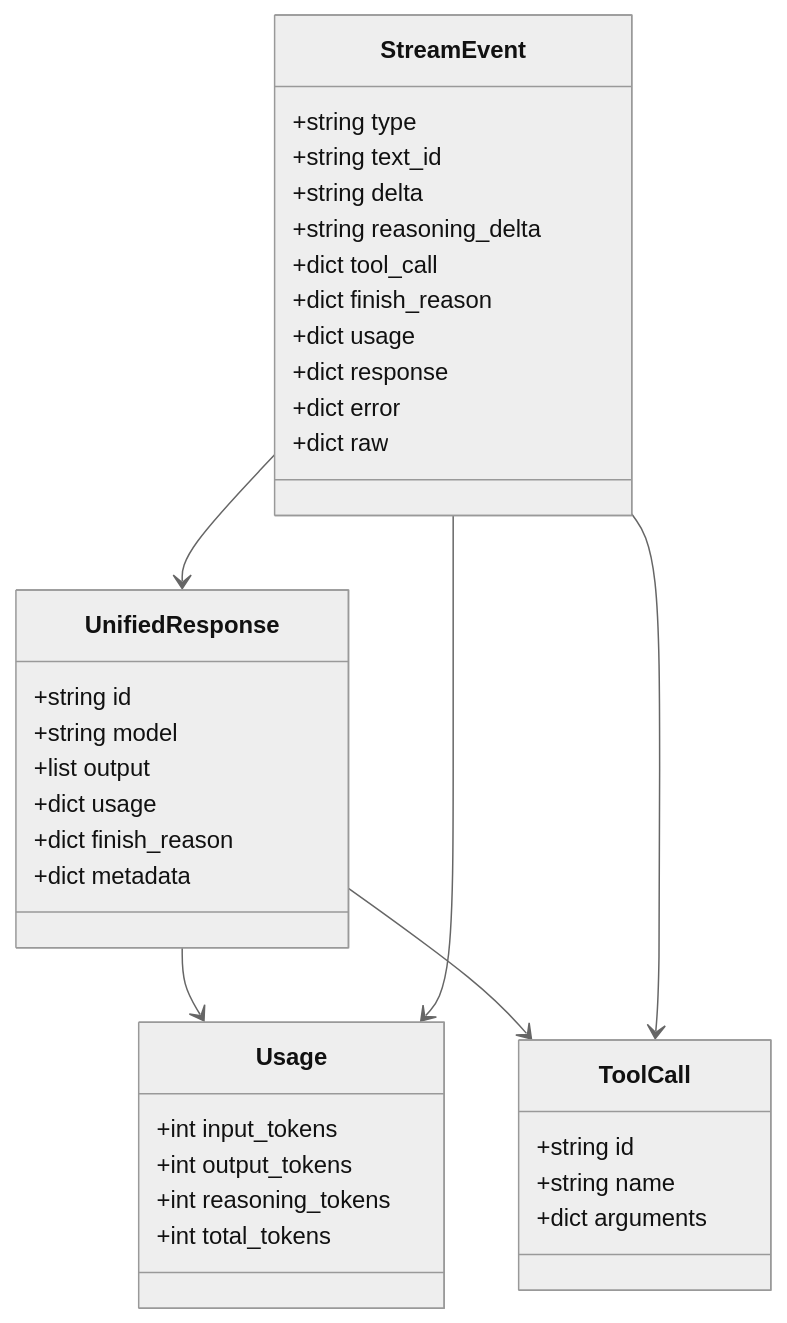
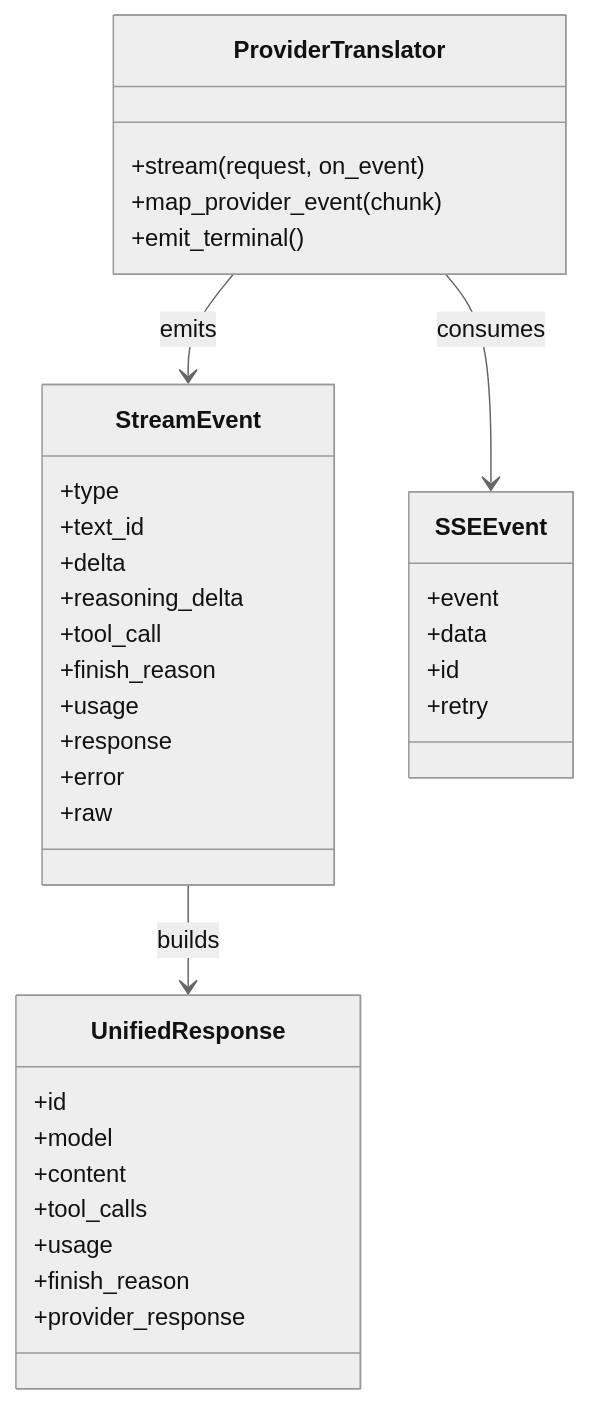
One commit to jaytaylor/attractor-tcl changed the first of 5 diagrams in docs/sprints/SPRINT-005-comprehensive-implementation-plan.md. Above: the diagram before and after it, drawn with Mermaid (neutral theme). The commit also changed other lines of this file, not shown here.

````diff
--- a/docs/sprints/SPRINT-005-comprehensive-implementation-plan.md
+++ b/docs/sprints/SPRINT-005-comprehensive-implementation-plan.md
@@ -794,39 +436,42 @@
 ```mermaid
 classDiagram
-  class StreamEvent {
-    +string type
-    +string text_id
-    +string delta
-    +string reasoning_delta
-    +dict tool_call
-    +dict finish_reason
-    +dict usage
-    +dict response
-    +dict error
-    +dict raw
-  }
-  class UnifiedResponse {
-    +string id
-    +string model
-    +list output
-    +dict usage
-    +dict finish_reason
-    +dict metadata
-  }
-  class ToolCall {
-    +string id
-    +string name
-    +dict arguments
-  }
-  class Usage {
-    +int input_tokens
-    +int output_tokens
-    +int reasoning_tokens
-    +int total_tokens
-  }
-  UnifiedResponse --> Usage
-  UnifiedResponse --> ToolCall
-  StreamEvent --> UnifiedResponse
-  StreamEvent --> ToolCall
-  StreamEvent --> Usage
+    class StreamEvent {
+      +type
+      +text_id
+      +delta
+      +reasoning_delta
+      +tool_call
+      +finish_reason
+      +usage
+      +response
+      +error
+      +raw
+    }
+
+    class UnifiedResponse {
+      +id
+      +model
+      +content
+      +tool_calls
+      +usage
+      +finish_reason
+      +provider_response
+    }
+
+    class ProviderTranslator {
+      +stream(request, on_event)
+      +map_provider_event(chunk)
+      +emit_terminal()
+    }
+
+    class SSEEvent {
+      +event
+      +data
+      +id
+      +retry
+    }
+
+    ProviderTranslator --> SSEEvent : consumes
+    ProviderTranslator --> StreamEvent : emits
+    StreamEvent --> UnifiedResponse : builds
 ```
````
